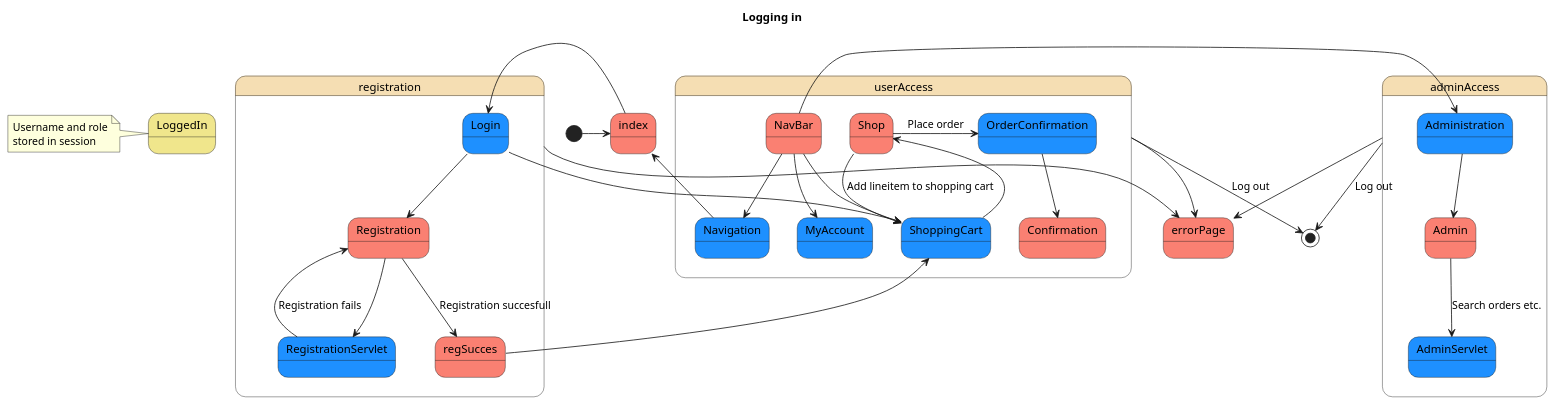
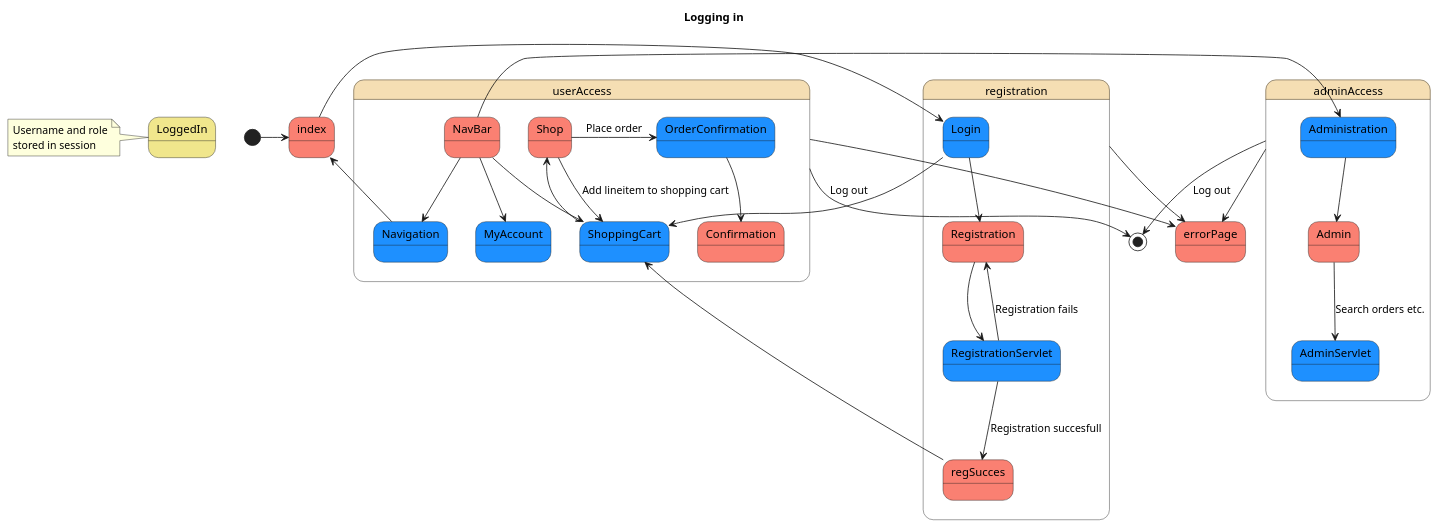
One commit to DATboiss/CupcakeWebshop changed the diagram in src/main/java/Diagrams/State diagram.puml. Above: the diagram before and after it, drawn with PlantUML.

Commit message:
Ændrede navbar til jsp m.m. i state diagram

```diff
--- a/src/main/java/Diagrams/State diagram.puml
+++ b/src/main/java/Diagrams/State diagram.puml
@@ -1,49 +1,49 @@
 @startuml
 
 Title Logging in
 
 State LoggedIn #Khaki
 
 note left of LoggedIn
 Username and role
 stored in session
 end note
 
 [*] -> index
 
 state registration #Wheat {
 index #Salmon -> Login #DodgerBlue
 Login --> Registration #Salmon
 Registration --> RegistrationServlet #DodgerBlue
 RegistrationServlet --> Registration : Registration fails
-Registration --> regSucces #Salmon  : Registration succesfull
+RegistrationServlet --> regSucces #Salmon  : Registration succesfull
 }
 
 state userAccess #Wheat {
 Login #DodgerBlue --> ShoppingCart #DodgerBlue
 regSucces #Salmon --> ShoppingCart
 ShoppingCart --> Shop
 Shop #Salmon --> ShoppingCart : Add lineitem to shopping cart
 Shop -> OrderConfirmation : Place order
 OrderConfirmation #DodgerBlue --> Confirmation #Salmon
 
 NavBar #Salmon --> Navigation #DodgerBlue 
 Navigation -> index
 NavBar --> MyAccount #DodgerBlue
 NavBar --> ShoppingCart
 
 }
 
 state adminAccess #Wheat {
 NavBar -> Administration #DodgerBlue
 Administration --> Admin
 Admin #Salmon --> AdminServlet #DodgerBlue : Search orders etc.
 }
 
 userAccess --> [*] : Log out
 adminAccess --> [*] : Log out
 
 registration --> errorPage #Salmon
 userAccess --> errorPage
 adminAccess --> errorPage
 @enduml
```
